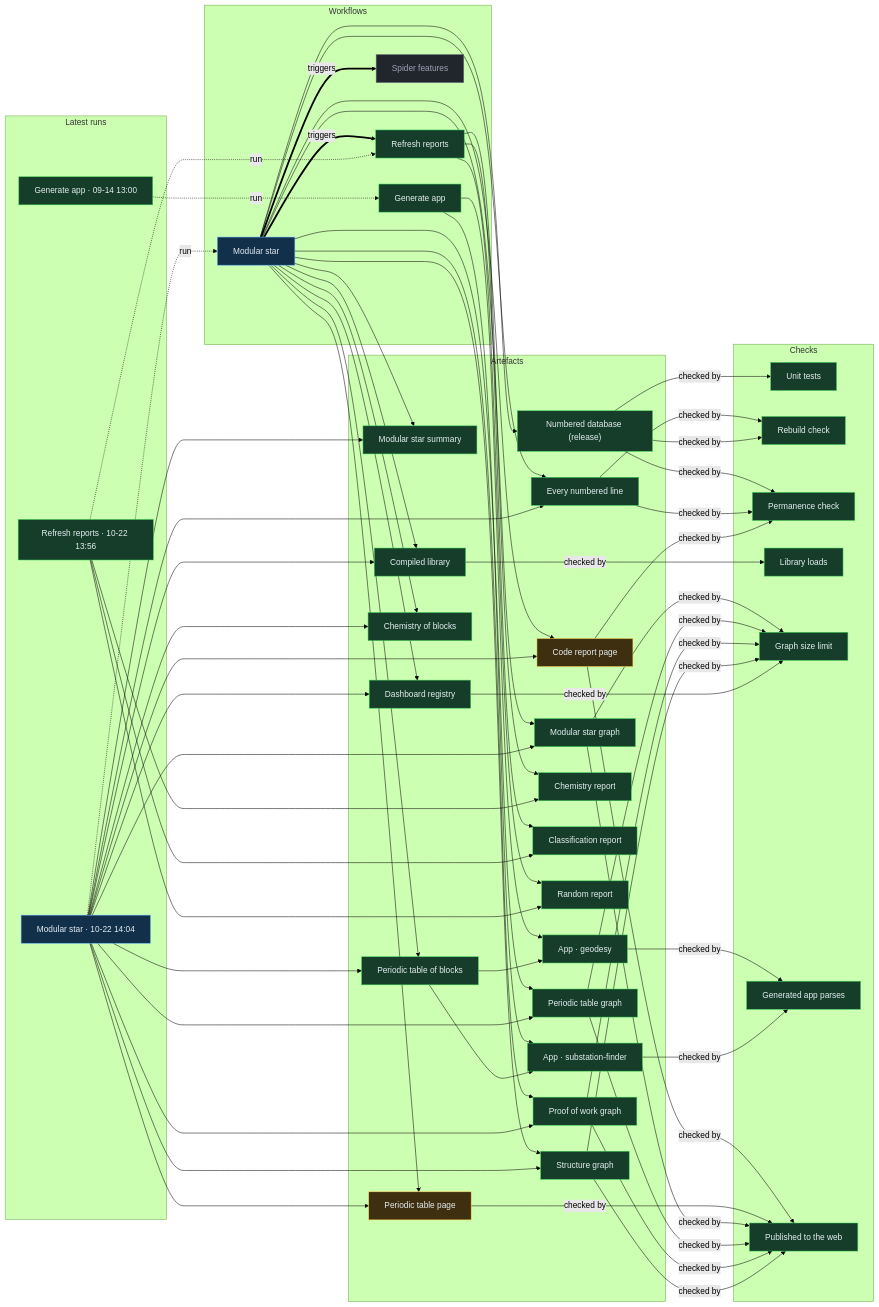
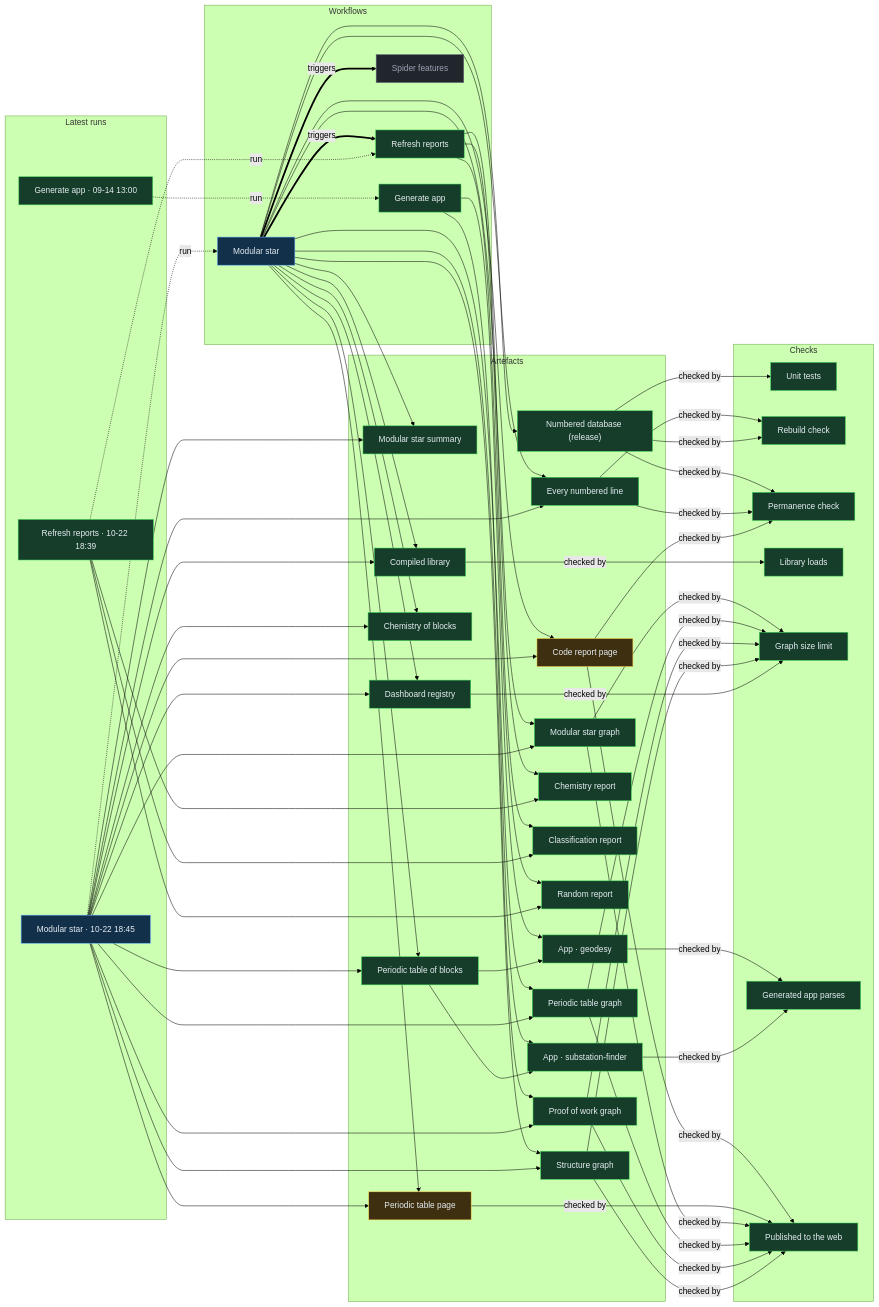
One commit to Ventusltd/stars changed the diagram in proof/PROOF.md. Above: the diagram before and after it, drawn with Mermaid (forest theme). The commit also changed other lines of this file and 48 other files, not shown here.

Commit message:
Modular star 2026-10-22T18:48Z

```diff
--- a/proof/PROOF.md
+++ b/proof/PROOF.md
@@ -24,8 +24,8 @@
   n_wf_spider_features["Spider features"]:::off
   end
   subgraph g_runs["Latest runs"]
-  n_run_39792503199["Modular star · 10-22 14:04"]:::live
-  n_run_39791341917["Refresh reports · 10-22 13:56"]:::ok
+  n_run_39834215916["Modular star · 10-22 18:45"]:::live
+  n_run_39833309340["Refresh reports · 10-22 18:39"]:::ok
   n_run_34846587798["Generate app · 09-14 13:00"]:::ok
   end
   subgraph g_artefacts["Artefacts"]
@@ -59,39 +59,39 @@
   end
   n_wf_modular_star == triggers ==> n_wf_refresh
   n_wf_modular_star == triggers ==> n_wf_spider_features
-  n_run_39792503199 -. run .-> n_wf_modular_star
-  n_run_39791341917 -. run .-> n_wf_refresh
+  n_run_39834215916 -. run .-> n_wf_modular_star
+  n_run_39833309340 -. run .-> n_wf_refresh
   n_run_34846587798 -. run .-> n_wf_generate
   n_wf_modular_star --> n_art_summary
-  n_run_39792503199 --> n_art_summary
+  n_run_39834215916 --> n_art_summary
   n_wf_modular_star --> n_art_lines
-  n_run_39792503199 --> n_art_lines
+  n_run_39834215916 --> n_art_lines
   n_wf_modular_star --> n_art_code
-  n_run_39792503199 --> n_art_code
+  n_run_39834215916 --> n_art_code
   n_wf_modular_star --> n_art_modular_graph
-  n_run_39792503199 --> n_art_modular_graph
+  n_run_39834215916 --> n_art_modular_graph
   n_wf_modular_star --> n_art_blocks
-  n_run_39792503199 --> n_art_blocks
+  n_run_39834215916 --> n_art_blocks
   n_wf_modular_star --> n_art_table
-  n_run_39792503199 --> n_art_table
+  n_run_39834215916 --> n_art_table
   n_wf_modular_star --> n_art_blocks_graph
-  n_run_39792503199 --> n_art_blocks_graph
+  n_run_39834215916 --> n_art_blocks_graph
   n_wf_modular_star --> n_art_reactions
-  n_run_39792503199 --> n_art_reactions
+  n_run_39834215916 --> n_art_reactions
   n_wf_modular_star --> n_art_library
-  n_run_39792503199 --> n_art_library
+  n_run_39834215916 --> n_art_library
   n_wf_modular_star --> n_art_features
-  n_run_39792503199 --> n_art_features
+  n_run_39834215916 --> n_art_features
   n_wf_modular_star --> n_art_proof
-  n_run_39792503199 --> n_art_proof
+  n_run_39834215916 --> n_art_proof
   n_wf_modular_star --> n_art_structure
-  n_run_39792503199 --> n_art_structure
+  n_run_39834215916 --> n_art_structure
   n_wf_refresh --> n_art_chemistry
-  n_run_39791341917 --> n_art_chemistry
+  n_run_39833309340 --> n_art_chemistry
   n_wf_refresh --> n_art_vedic
-  n_run_39791341917 --> n_art_vedic
+  n_run_39833309340 --> n_art_vedic
   n_wf_refresh --> n_art_random
-  n_run_39791341917 --> n_art_random
+  n_run_39833309340 --> n_art_random
   n_wf_modular_star --> n_art_release
   n_wf_generate --> n_app_geodesy
   n_art_blocks --> n_app_geodesy
```
